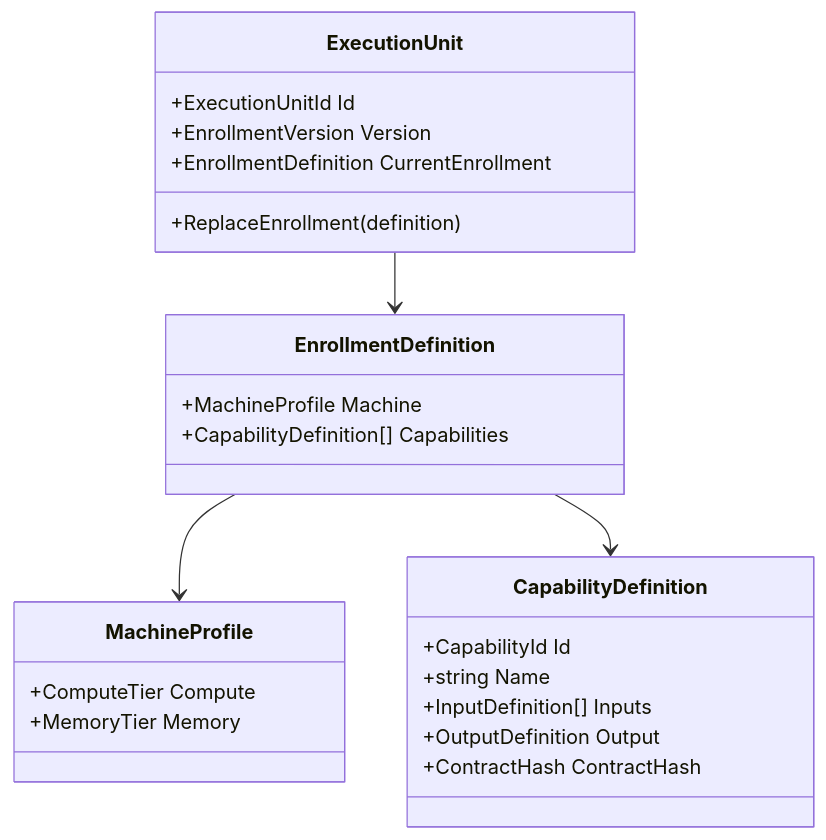
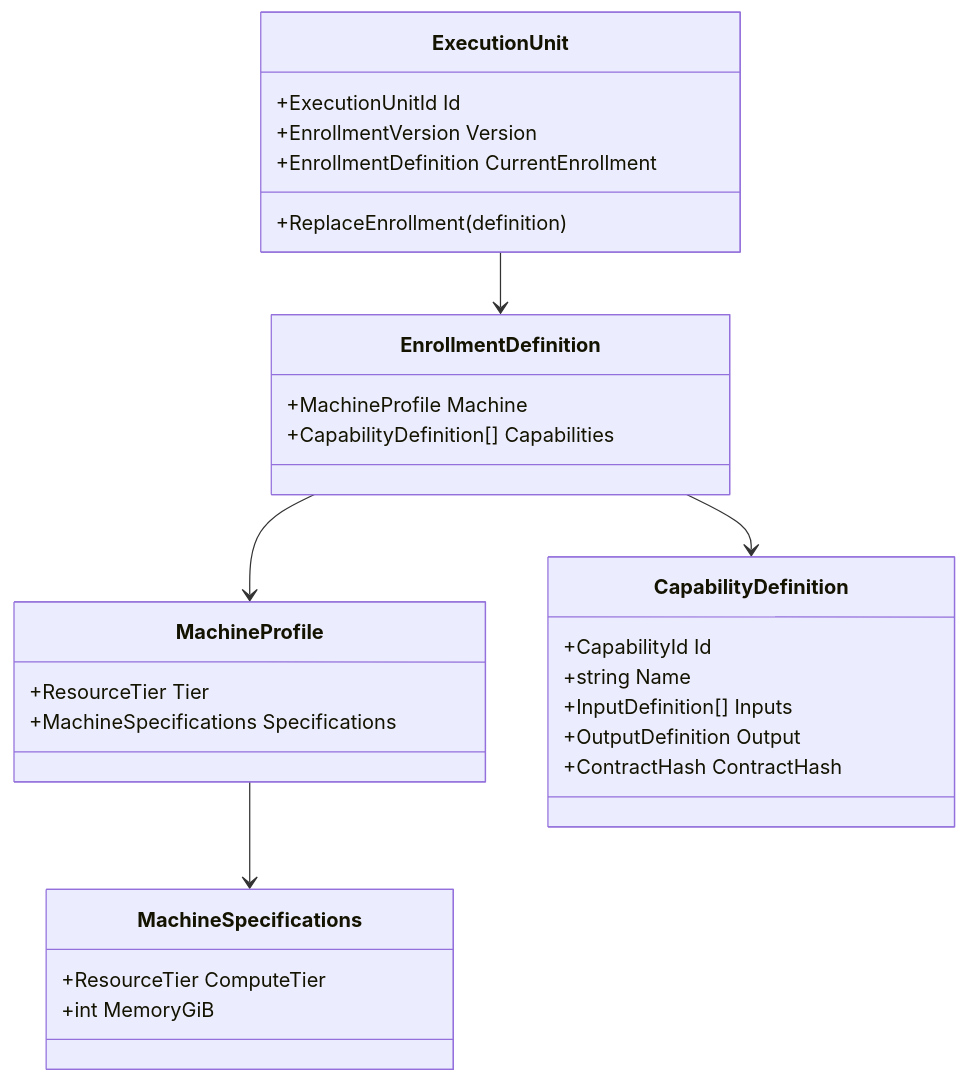
The second of 13 diagrams in docs/08-mutualgpu-example-implementation.md (trie-me/NetCats), drawn with Mermaid before and after one commit. The commit also changed other lines of this file and 63 other files, not shown here.

````diff
--- a/docs/08-mutualgpu-example-implementation.md
+++ b/docs/08-mutualgpu-example-implementation.md
@@ -145,27 +145,32 @@
 ```mermaid
 classDiagram
     class ExecutionUnit {
         +ExecutionUnitId Id
         +EnrollmentVersion Version
         +EnrollmentDefinition CurrentEnrollment
         +ReplaceEnrollment(definition)
     }
     class EnrollmentDefinition {
         +MachineProfile Machine
         +CapabilityDefinition[] Capabilities
     }
     class MachineProfile {
-        +ComputeTier Compute
-        +MemoryTier Memory
+        +ResourceTier Tier
+        +MachineSpecifications Specifications
+    }
+    class MachineSpecifications {
+        +ResourceTier ComputeTier
+        +int MemoryGiB
     }
     class CapabilityDefinition {
         +CapabilityId Id
         +string Name
         +InputDefinition[] Inputs
         +OutputDefinition Output
         +ContractHash ContractHash
     }
     ExecutionUnit --> EnrollmentDefinition
     EnrollmentDefinition --> MachineProfile
+    MachineProfile --> MachineSpecifications
     EnrollmentDefinition --> CapabilityDefinition
 ```
````
